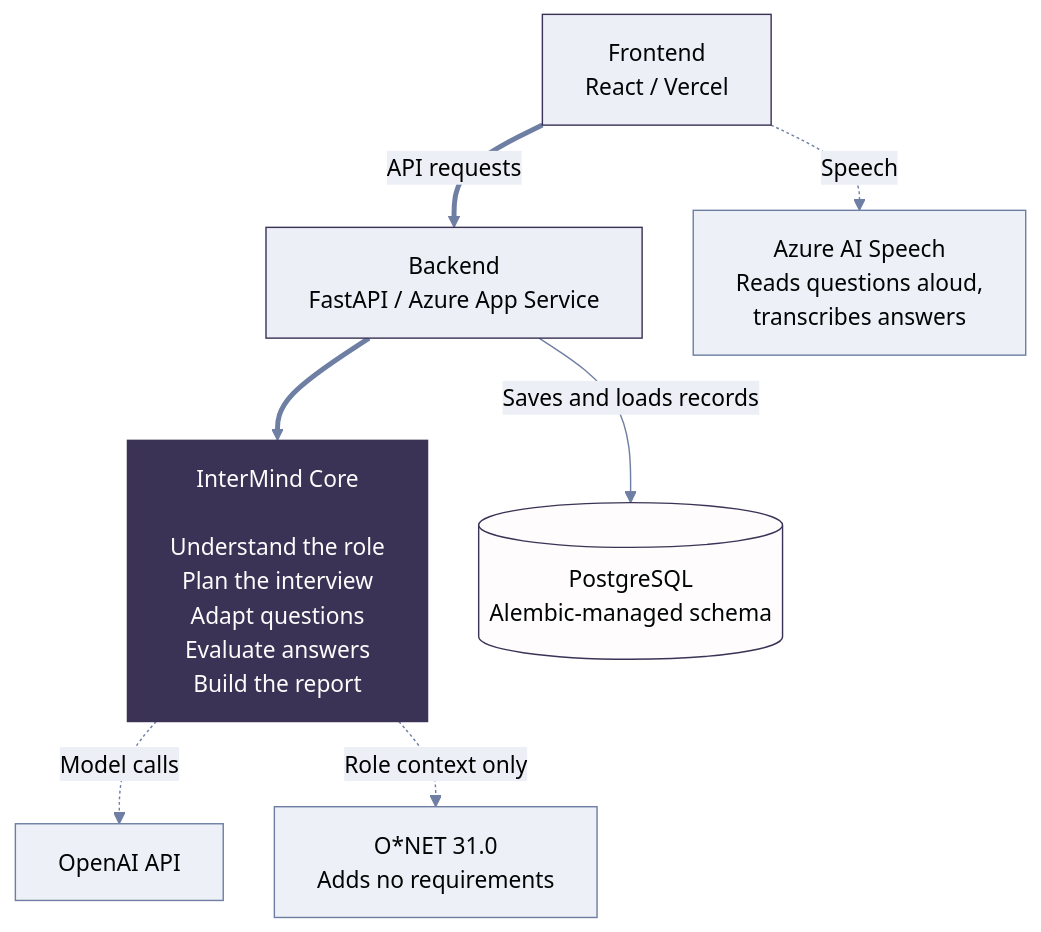
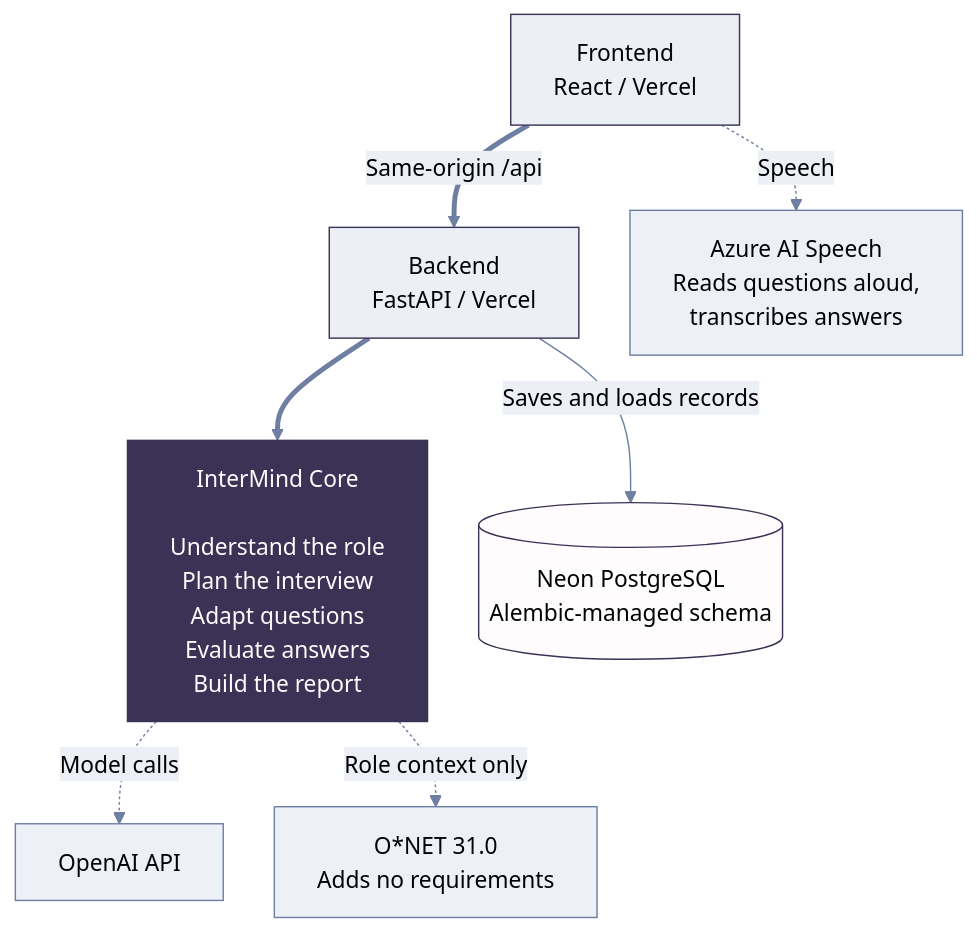
One commit to AliyahAlabdali/InterMind changed the second of 2 diagrams in README.md. Above: the diagram before and after it, drawn with Mermaid. The commit also changed other lines of this file and 8 other files, not shown here.

Commit message:
docs: reflect Vercel and Neon production

````diff
--- a/README.md
+++ b/README.md
@@ -109,21 +110,21 @@
 ```mermaid
 %%{init: {"theme":"base","flowchart":{"rankSpacing":36,"nodeSpacing":36,"wrappingWidth":300},"themeVariables":{"primaryColor":"#ECEFF6","primaryTextColor":"#000505","primaryBorderColor":"#3B3355","lineColor":"#6F7FA3","edgeLabelBackground":"#ECEFF6","tertiaryTextColor":"#000505","tertiaryColor":"#F6F8FB"}}}%%
 flowchart TD
     WEB["Frontend<br/>React / Vercel"]
-    WEB ==>|"API requests"| API["Backend<br/>FastAPI / Azure App Service"]
+    WEB ==>|"Same-origin /api"| API["Backend<br/>FastAPI / Vercel"]
     WEB -.->|"Speech"| AZ["Azure AI Speech<br/>Reads questions aloud,<br/>transcribes answers"]
     API ==> CORE["InterMind Core<br/><br/>Understand the role<br/>Plan the interview<br/>Adapt questions<br/>Evaluate answers<br/>Build the report"]
-    API -->|"Saves and loads records"| DB[("PostgreSQL<br/>Alembic-managed schema")]
+    API -->|"Saves and loads records"| DB[("Neon PostgreSQL<br/>Alembic-managed schema")]
     CORE -.->|"Model calls"| OAI["OpenAI API"]
     CORE -.->|"Role context only"| KB["O*NET 31.0<br/>Adds no requirements"]
 
     linkStyle default stroke:#6F7FA3,color:black;
     classDef accent fill:#3B3355,stroke:#3B3355,stroke-width:1px,color:#FEFCFD;
     classDef step fill:#ECEFF6,stroke:#3B3355,stroke-width:1px,color:#000505;
     classDef store fill:#FEFCFD,stroke:#3B3355,stroke-width:1px,color:#000505;
     classDef ext fill:#EDF1F7,stroke:#6F7FA3,stroke-width:1px,color:#000505;
     class CORE accent;
     class WEB,API step;
     class DB store;
     class KB,OAI,AZ ext;
 ```
````
